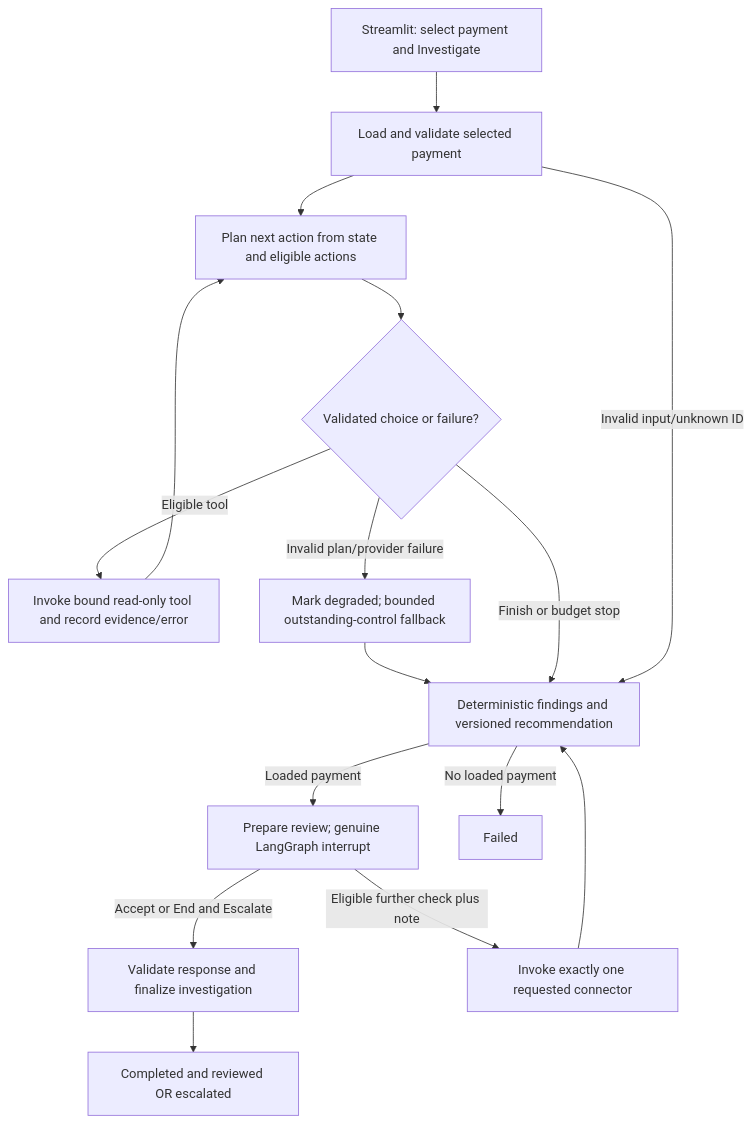
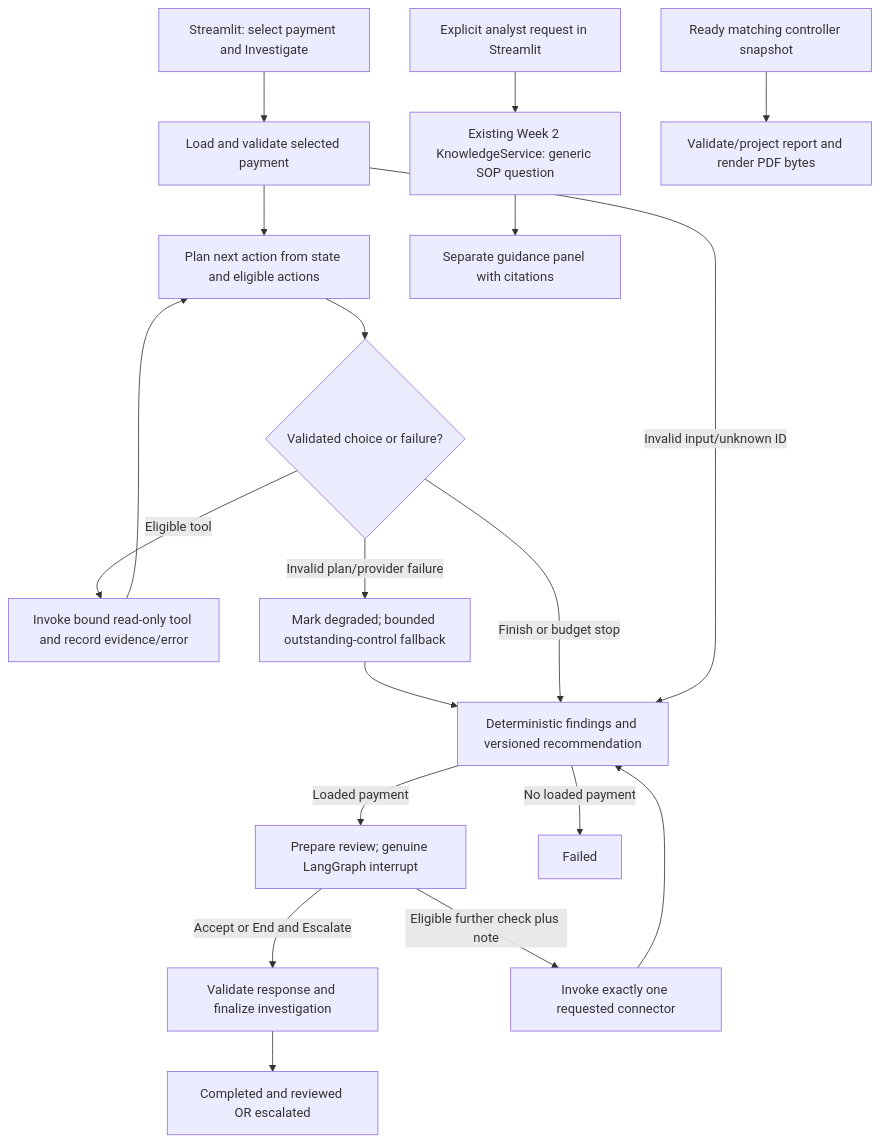
The diagram in docs/WEEK3_GEN_ACADEMY_SUBMISSION.md (ThiyaguAIEngineer/paymentsops-ai-platform), drawn with Mermaid before and after one commit. The commit also changed other lines of this file and 2 other files, not shown here.

Commit message:
docs(week3): finalize enhanced Gen Academy submission package

````diff
--- a/docs/WEEK3_GEN_ACADEMY_SUBMISSION.md
+++ b/docs/WEEK3_GEN_ACADEMY_SUBMISSION.md
@@ -102,18 +107,21 @@
 ```mermaid
 flowchart TD
     A[Streamlit: select payment and Investigate] --> B[Load and validate selected payment]
     B --> C[Plan next action from state and eligible actions]
     C --> D{Validated choice or failure?}
     D -->|Eligible tool| E[Invoke bound read-only tool and record evidence/error]
     E --> C
     D -->|Invalid plan/provider failure| F[Mark degraded; bounded outstanding-control fallback]
     F --> G[Deterministic findings and versioned recommendation]
     D -->|Finish or budget stop| G
     B -->|Invalid input/unknown ID| G
     G -->|Loaded payment| H[Prepare review; genuine LangGraph interrupt]
     G -->|No loaded payment| X[Failed]
     H -->|Accept or End and Escalate| I[Validate response and finalize investigation]
     H -->|Eligible further check plus note| J[Invoke exactly one requested connector]
     J --> G
     I --> K[Completed and reviewed OR escalated]
+    U[Explicit analyst request in Streamlit] --> R[Existing Week 2 KnowledgeService: generic SOP question]
+    R --> V[Separate guidance panel with citations]
+    S[Ready matching controller snapshot] --> P[Validate/project report and render PDF bytes]
 ```
````
